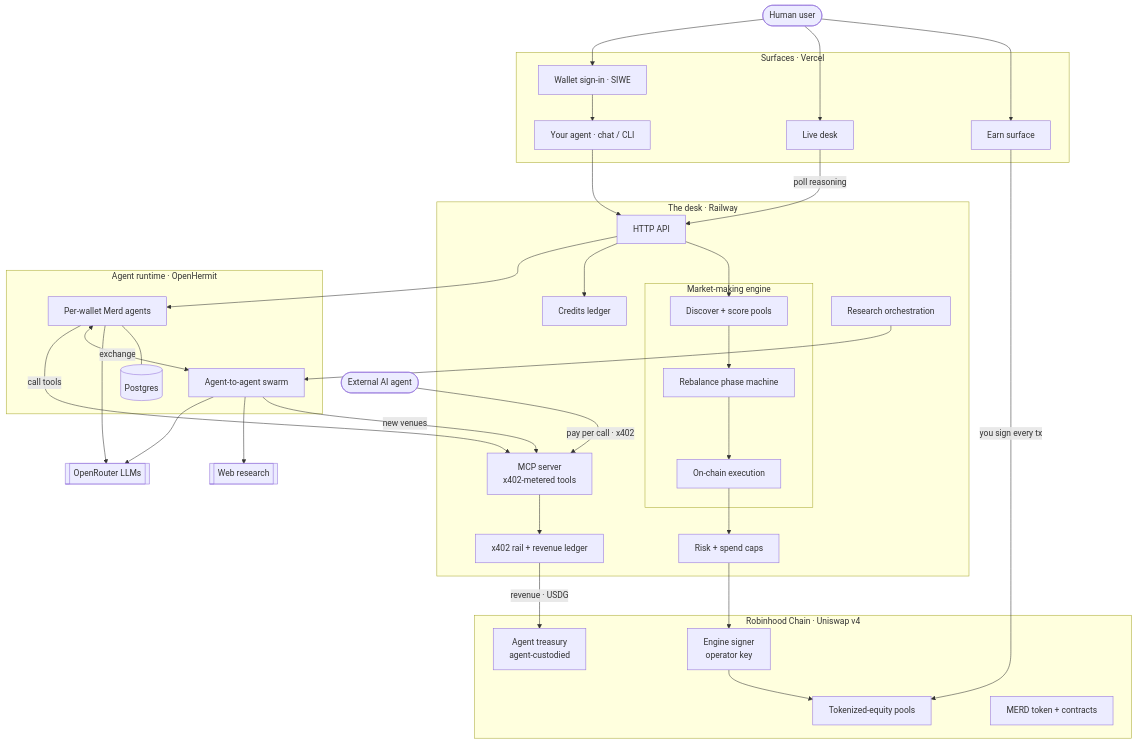
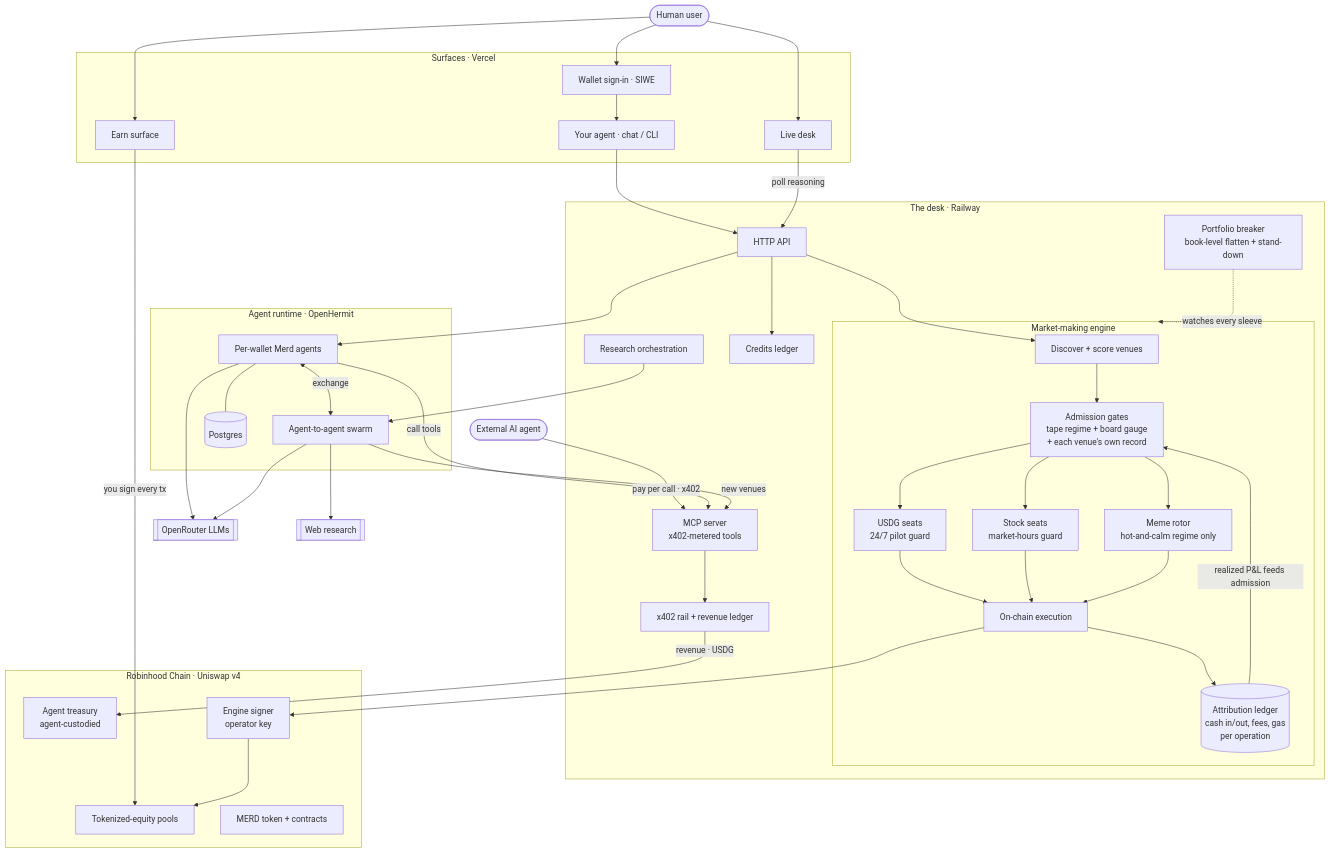
Before and after one commit to Meridian402/meridian: the diagram in README.md, drawn with Mermaid. The commit also changed other lines of this file, not shown here.

Commit message:
docs: the architecture graph catches up to the desk
The engine subgraph predates the bleed program: it showed score ->
rebalance -> execute with a generic risk box. It now shows what actually
runs: admission gates (tape regime, board gauge, and each venue's own
measured record), the three sleeves (USDG seats on the 24/7 pilot guard,
stock seats on the market-hours guard, the meme rotor behind its regime
gate), the attribution ledger every execution writes, the feedback arrow
from realized P&L back into admission, and the portfolio breaker
watching every sleeve. Key-pieces list gains the accountant and the
risk stack.

````diff
--- a/README.md
+++ b/README.md
@@ -58,66 +58,75 @@
 ```mermaid
 flowchart TB
     U([Human user])
     EA([External AI agent])
 
     subgraph FE["Surfaces · Vercel"]
         AUTH[Wallet sign-in · SIWE]
         CHAT[Your agent · chat / CLI]
         DESK[Live desk]
         EARN[Earn surface]
     end
 
     subgraph BE["The desk · Railway"]
         API[HTTP API]
         MCP["MCP server<br/>x402-metered tools"]
         CRED[Credits ledger]
         subgraph ENGINE["Market-making engine"]
-            SCORE[Discover + score pools]
-            GUARD[Rebalance phase machine]
+            SCORE[Discover + score venues]
+            GATES["Admission gates<br/>tape regime + board gauge<br/>+ each venue's own record"]
+            SEATS["USDG seats<br/>24/7 pilot guard"]
+            STOCK["Stock seats<br/>market-hours guard"]
+            ROTOR["Meme rotor<br/>hot-and-calm regime only"]
             EXEC[On-chain execution]
+            LEDGER[("Attribution ledger<br/>cash in/out, fees, gas<br/>per operation")]
         end
+        PB["Portfolio breaker<br/>book-level flatten + stand-down"]
         X402["x402 rail + revenue ledger"]
-        RISK[Risk + spend caps]
         ORCH[Research orchestration]
     end
 
     subgraph OH["Agent runtime · OpenHermit"]
         MERID[Per-wallet Merd agents]
         SWARM["Agent-to-agent swarm"]
         DB[(Postgres)]
     end
 
     subgraph CHAIN["Robinhood Chain · Uniswap v4"]
         TREAS["Agent treasury<br/>agent-custodied"]
         SIGNER["Engine signer<br/>operator key"]
         POOLS[Tokenized-equity pools]
         TOKEN["MERD token + contracts"]
     end
 
     OR[[OpenRouter LLMs]]
     WEB[[Web research]]
 
     U --> AUTH --> CHAT --> API
     U --> DESK -->|poll reasoning| API
     U --> EARN -->|you sign every tx| POOLS
     EA -->|pay per call · x402| MCP
 
     API --> MERID
     API --> CRED
     MERID -->|call tools| MCP
     MERID <-->|exchange| SWARM
     MERID --> OR
     MERID --- DB
 
     MCP --> X402
     X402 -->|revenue · USDG| TREAS
 
     API --> SCORE
-    SCORE --> GUARD --> EXEC
-    EXEC --> RISK --> SIGNER --> POOLS
+    SCORE --> GATES
+    GATES --> SEATS & STOCK & ROTOR
+    SEATS & STOCK & ROTOR --> EXEC
+    EXEC --> SIGNER --> POOLS
+    EXEC --> LEDGER
+    LEDGER -->|realized P&L feeds admission| GATES
+    PB -.watches every sleeve.-> ENGINE
 
     ORCH --> SWARM
     SWARM --> OR
     SWARM --> WEB
     SWARM -->|new venues| MCP
 ```
````
